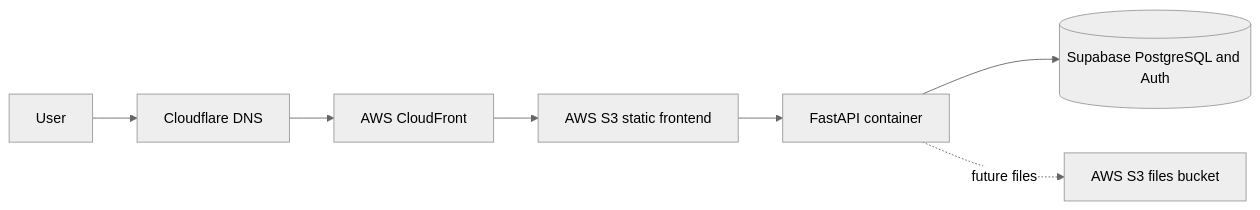
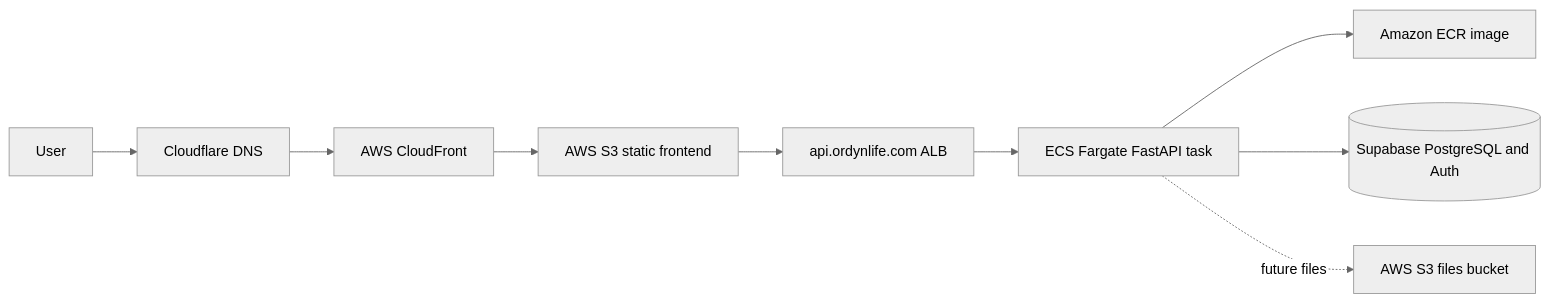
The diagram in docs/deployment.md (vini-araujo/Productivity-App), drawn with Mermaid (neutral theme) before and after one commit. The commit also changed other lines of this file and 2 other files, not shown here.

````diff
--- a/docs/deployment.md
+++ b/docs/deployment.md
@@ -16,9 +14,11 @@
 ```mermaid
 flowchart LR
     User --> Cloudflare[Cloudflare DNS]
     Cloudflare --> CloudFront[AWS CloudFront]
     CloudFront --> Static[AWS S3 static frontend]
-    Static --> API[FastAPI container]
-    API --> Supabase[(Supabase PostgreSQL and Auth)]
-    API -. future files .-> Files[AWS S3 files bucket]
+    Static --> ALB[api.ordynlife.com ALB]
+    ALB --> ECS[ECS Fargate FastAPI task]
+    ECS --> ECR[Amazon ECR image]
+    ECS --> Supabase[(Supabase PostgreSQL and Auth)]
+    ECS -. future files .-> Files[AWS S3 files bucket]
 ```
````
